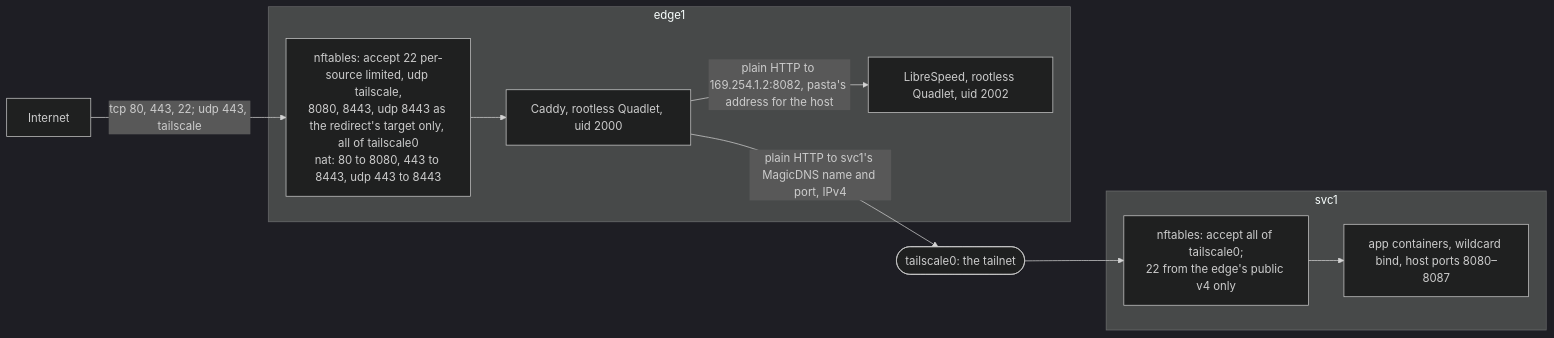
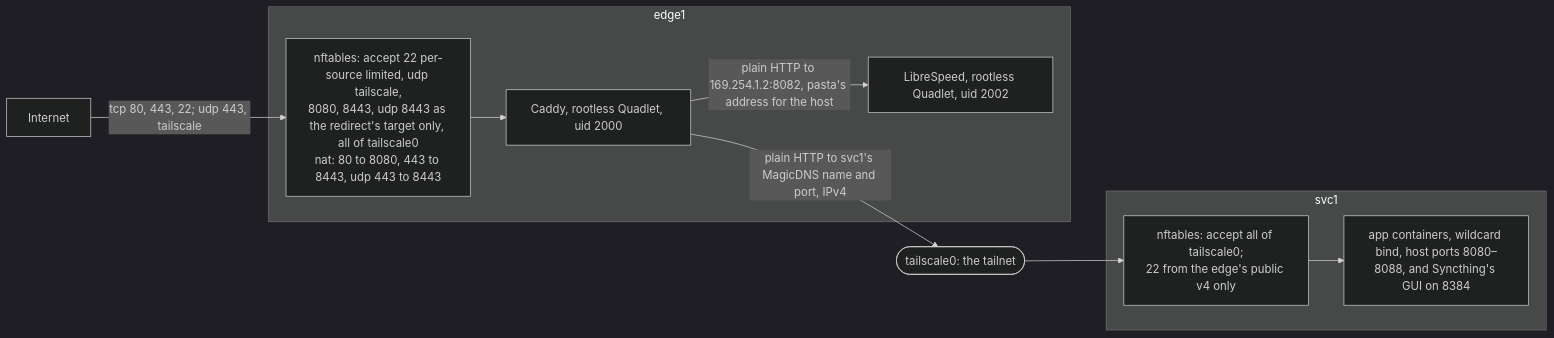
One commit to aryonoco/deerlab changed the first of 4 diagrams in docs/runbook.md. Above: the diagram before and after it, drawn with Mermaid (dark theme). The commit also changed other lines of this file, not shown here.

````diff
--- a/docs/runbook.md
+++ b/docs/runbook.md
@@ -55,19 +56,19 @@
 ```mermaid
 flowchart LR
   net["Internet"]
   subgraph edge1
     nft1["nftables: accept 22 per-source limited, udp tailscale,<br/>8080, 8443, udp 8443 as the redirect's target only, all of tailscale0<br/>nat: 80 to 8080, 443 to 8443, udp 443 to 8443"]
     caddy["Caddy, rootless Quadlet, uid 2000"]
     speed["LibreSpeed, rootless Quadlet, uid 2002"]
   end
   subgraph svc1
     nft2["nftables: accept all of tailscale0;<br/>22 from the edge's public v4 only"]
-    app["app containers, wildcard bind, host ports 8080–8087"]
+    app["app containers, wildcard bind, host ports 8080–8088, and Syncthing's GUI on 8384"]
   end
   net -->|"tcp 80, 443, 22; udp 443, tailscale"| nft1
   nft1 --> caddy
   caddy -->|"plain HTTP to 169.254.1.2:8082, pasta's address for the host"| speed
   caddy -->|"plain HTTP to svc1's MagicDNS name and port, IPv4"| ts(["tailscale0: the tailnet"])
   ts --> nft2
   nft2 --> app
 ```
````
